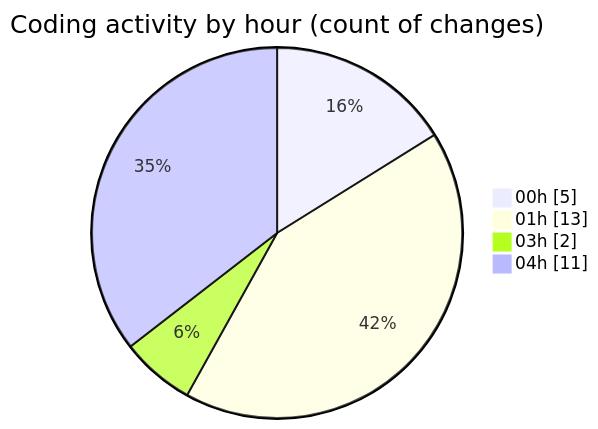
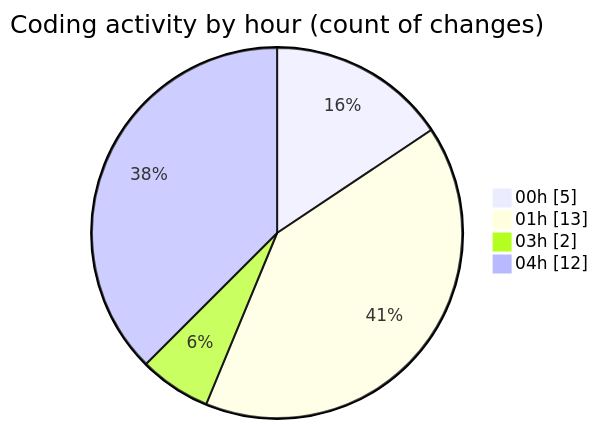
One commit to jadenblack/code-tracking changed the second of 2 diagrams in 2026-02-27/shadcn-admin-kit-main__workspace_/README.md. Above: the diagram before and after it, drawn with Mermaid. The commit also changed other lines of this file and 1 other file, not shown here.

````diff
--- a/2026-02-27/shadcn-admin-kit-main__workspace_/README.md
+++ b/2026-02-27/shadcn-admin-kit-main__workspace_/README.md
@@ -40,8 +42,8 @@
 ```mermaid
 pie showData
 title Coding activity by hour (count of changes)
 "00h" : 5
 "01h" : 13
 "03h" : 2
-"04h" : 11
+"04h" : 12
 ```
````
